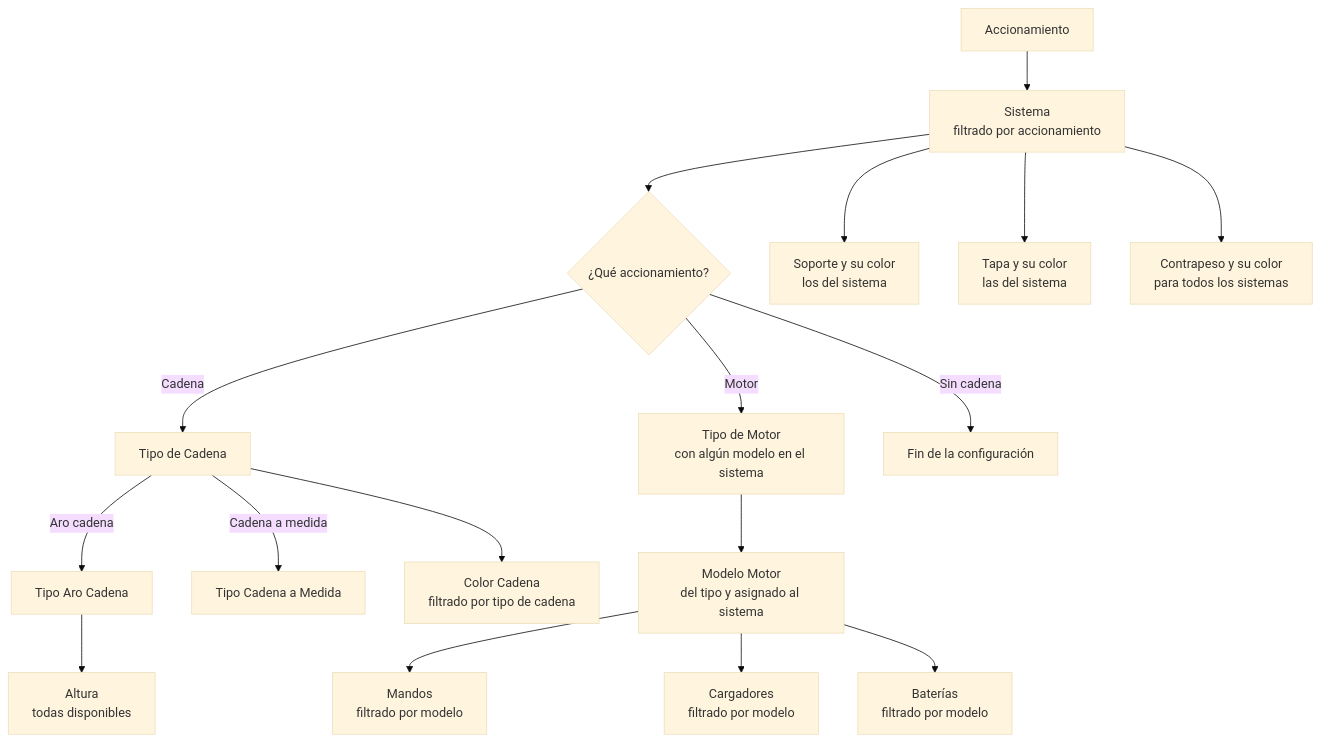
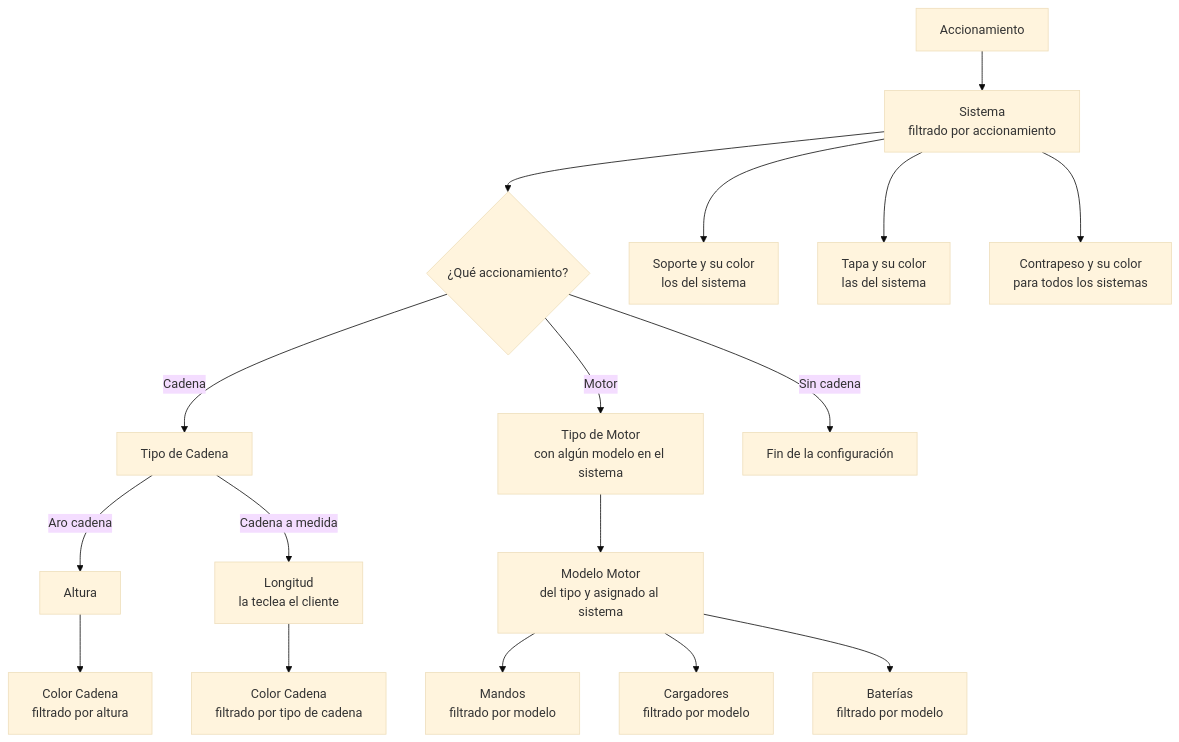
The first of 4 diagrams in modelo_datos_accionamientos.md (vicentferri/manza), drawn with Mermaid (base theme) before and after one commit. The commit also changed other lines of this file and 15 other files, not shown here.

First line of the commit message:
Cadena: alturas con sus colores y cadena a medida sin tipos

````diff
--- a/modelo_datos_accionamientos.md
+++ b/modelo_datos_accionamientos.md
@@ -21,22 +21,22 @@
 ```mermaid
 flowchart TD
     A[Accionamiento] --> S[Sistema<br/>filtrado por accionamiento]
     S --> C{¿Qué accionamiento?}
     C -->|Cadena| TC[Tipo de Cadena]
     C -->|Motor| TM[Tipo de Motor<br/>con algún modelo en el sistema]
     C -->|Sin cadena| FIN[Fin de la configuración]
 
-    TC -->|Aro cadena| TAC[Tipo Aro Cadena]
-    TC -->|Cadena a medida| TCM[Tipo Cadena a Medida]
-    TAC --> ALT[Altura<br/>todas disponibles]
-    TC --> COL[Color Cadena<br/>filtrado por tipo de cadena]
+    TC -->|Aro cadena| ALT[Altura]
+    TC -->|Cadena a medida| LON[Longitud<br/>la teclea el cliente]
+    ALT --> COLA[Color Cadena<br/>filtrado por altura]
+    LON --> COL[Color Cadena<br/>filtrado por tipo de cadena]
 
     TM --> MM[Modelo Motor<br/>del tipo y asignado al sistema]
     MM --> MAN[Mandos<br/>filtrado por modelo]
     MM --> CAR[Cargadores<br/>filtrado por modelo]
     MM --> BAT[Baterías<br/>filtrado por modelo]
 
     S --> SOP[Soporte y su color<br/>los del sistema]
     S --> TAP[Tapa y su color<br/>las del sistema]
     S --> CON[Contrapeso y su color<br/>para todos los sistemas]
 ```
````
